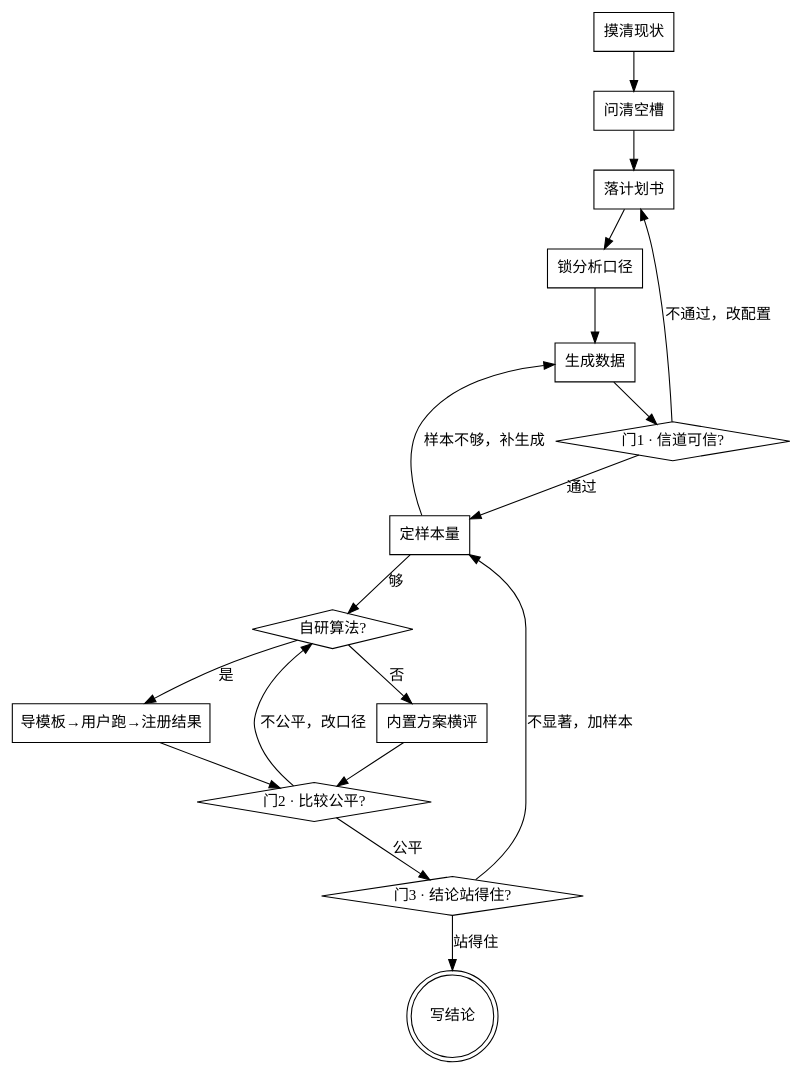
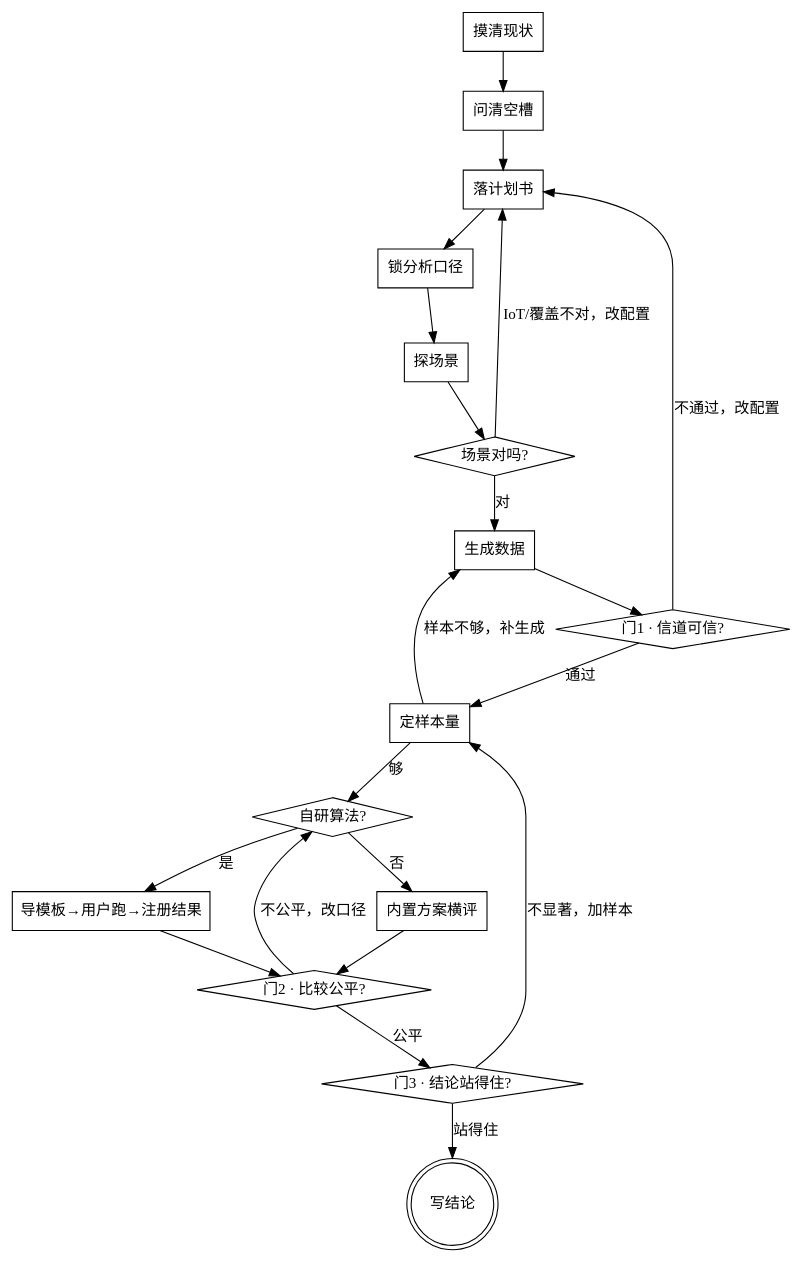
One commit to TianLin0509/SuperRAN changed the diagram in skills/channel-sim/SKILL.md. Above: the diagram before and after it, drawn with Graphviz. The commit also changed other lines of this file and 15 other files, not shown here.

````diff
--- a/skills/channel-sim/SKILL.md
+++ b/skills/channel-sim/SKILL.md
@@ -41,32 +43,37 @@
 ```dot
 digraph channel_sim {
     "摸清现状" [shape=box];
     "问清空槽" [shape=box];
     "落计划书" [shape=box];
     "锁分析口径" [shape=box];
+    "探场景" [shape=box];
+    "场景对吗?" [shape=diamond];
     "生成数据" [shape=box];
     "门1 · 信道可信?" [shape=diamond];
     "定样本量" [shape=box];
     "自研算法?" [shape=diamond];
     "内置方案横评" [shape=box];
     "导模板→用户跑→注册结果" [shape=box];
     "门2 · 比较公平?" [shape=diamond];
     "门3 · 结论站得住?" [shape=diamond];
     "写结论" [shape=doublecircle];
 
-    "摸清现状" -> "问清空槽" -> "落计划书" -> "锁分析口径" -> "生成数据";
+    "摸清现状" -> "问清空槽" -> "落计划书" -> "锁分析口径" -> "探场景";
+    "探场景" -> "场景对吗?";
+    "场景对吗?" -> "落计划书" [label="IoT/覆盖不对，改配置"];
+    "场景对吗?" -> "生成数据" [label="对"];
     "生成数据" -> "门1 · 信道可信?";
     "门1 · 信道可信?" -> "落计划书" [label="不通过，改配置"];
     "门1 · 信道可信?" -> "定样本量" [label="通过"];
     "定样本量" -> "生成数据" [label="样本不够，补生成"];
     "定样本量" -> "自研算法?" [label="够"];
     "自研算法?" -> "内置方案横评" [label="否"];
     "自研算法?" -> "导模板→用户跑→注册结果" [label="是"];
     "内置方案横评" -> "门2 · 比较公平?";
     "导模板→用户跑→注册结果" -> "门2 · 比较公平?";
     "门2 · 比较公平?" -> "自研算法?" [label="不公平，改口径"];
     "门2 · 比较公平?" -> "门3 · 结论站得住?" [label="公平"];
     "门3 · 结论站得住?" -> "定样本量" [label="不显著，加样本"];
     "门3 · 结论站得住?" -> "写结论" [label="站得住"];
 }
 ```
````
